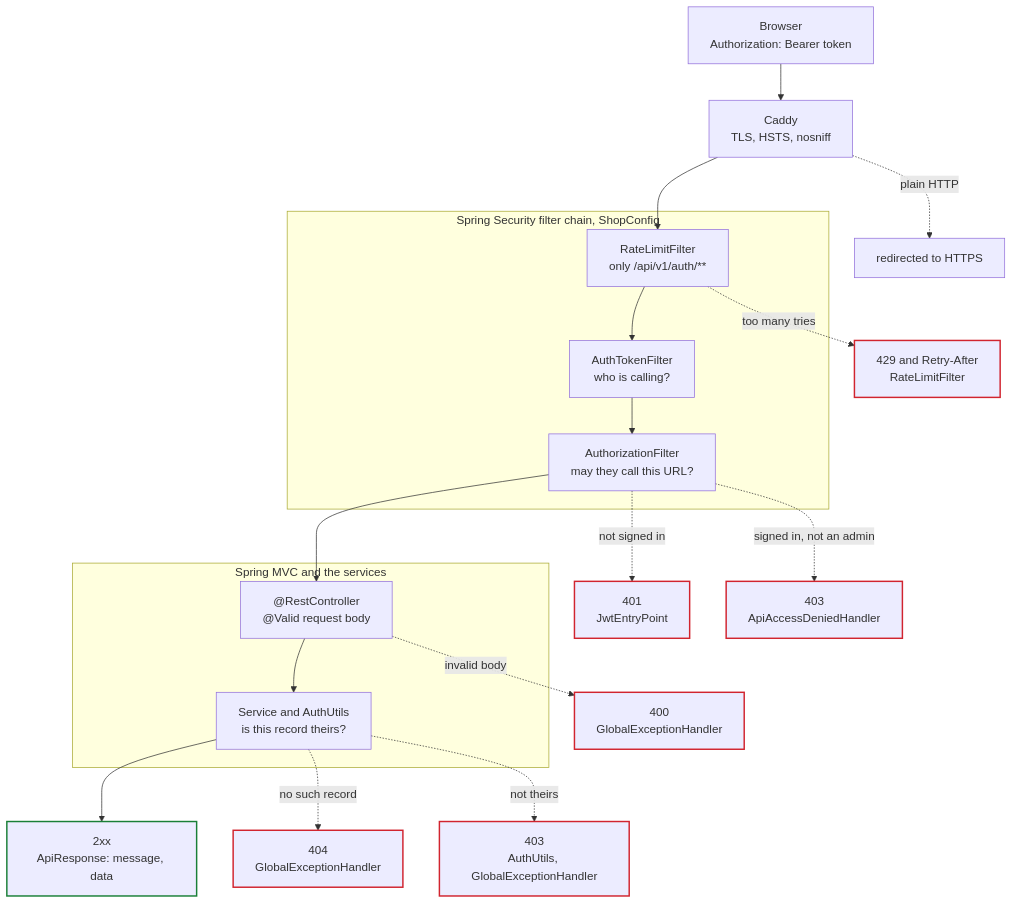
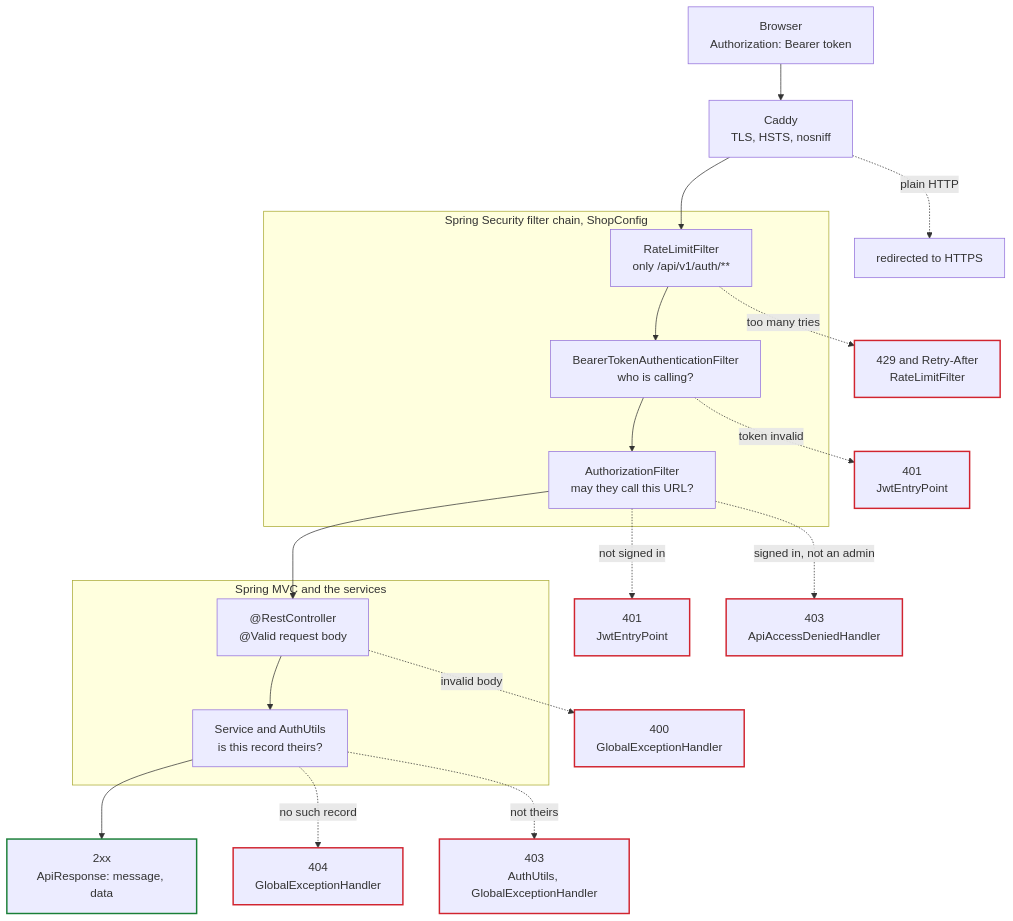
Before and after one commit to Aryankanani1/shopping-cart-spring-security: the first of 9 diagrams in docs/security-design.md, drawn with Mermaid. The commit also changed other lines of this file and 40 other files, not shown here.

````diff
--- a/docs/security-design.md
+++ b/docs/security-design.md
@@ -19,25 +19,26 @@
 ```mermaid
 flowchart TB
     B["Browser<br/>Authorization: Bearer token"] --> C["Caddy<br/>TLS, HSTS, nosniff"]
     C --> R
     subgraph SEC["Spring Security filter chain, ShopConfig"]
-        R["RateLimitFilter<br/>only /api/v1/auth/**"] --> T["AuthTokenFilter<br/>who is calling?"]
+        R["RateLimitFilter<br/>only /api/v1/auth/**"] --> T["BearerTokenAuthenticationFilter<br/>who is calling?"]
         T --> Z["AuthorizationFilter<br/>may they call this URL?"]
     end
     subgraph APP["Spring MVC and the services"]
         CT["@RestController<br/>@Valid request body"] --> S["Service and AuthUtils<br/>is this record theirs?"]
     end
     Z --> CT
     S --> OK["2xx<br/>ApiResponse: message, data"]
     C -. "plain HTTP" .-> X0["redirected to HTTPS"]
     R -. "too many tries" .-> X1["429 and Retry-After<br/>RateLimitFilter"]
+    T -. "token invalid" .-> X7["401<br/>JwtEntryPoint"]
     Z -. "not signed in" .-> X2["401<br/>JwtEntryPoint"]
     Z -. "signed in, not an admin" .-> X3["403<br/>ApiAccessDeniedHandler"]
     CT -. "invalid body" .-> X4["400<br/>GlobalExceptionHandler"]
     S -. "no such record" .-> X5["404<br/>GlobalExceptionHandler"]
     S -. "not theirs" .-> X6["403<br/>AuthUtils, GlobalExceptionHandler"]
     classDef no stroke:#d1242f,stroke-width:2px
     classDef yes stroke:#1a7f37,stroke-width:2px
-    class X1,X2,X3,X4,X5,X6 no
+    class X1,X2,X3,X4,X5,X6,X7 no
     class OK yes
 ```
````
